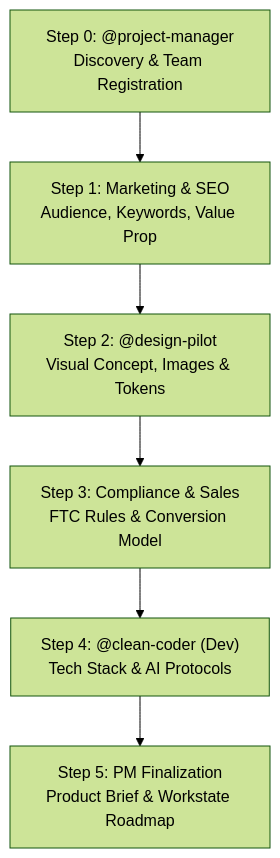
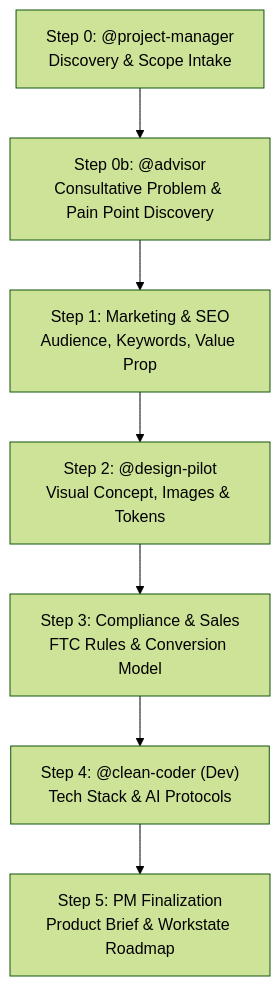
The diagram in skills/site-setup/SKILL.md (wedigcode/workforces), drawn with Mermaid (forest theme) before and after one commit. The commit also changed other lines of this file and 7 other files, not shown here.

Commit message:
feat: introduce @advisor agent for strategic problem discovery and update product brief documentation to include comprehensive pain point analysis.

````diff
--- a/skills/site-setup/SKILL.md
+++ b/skills/site-setup/SKILL.md
@@ -16,8 +16,9 @@
 ```mermaid
 graph TD
-    A["Step 0: @project-manager<br/>Discovery & Team Registration"] --> B["Step 1: Marketing & SEO<br/>Audience, Keywords, Value Prop"]
+    A["Step 0: @project-manager<br/>Discovery & Scope Intake"] --> A2["Step 0b: @advisor<br/>Consultative Problem & Pain Point Discovery"]
+    A2 --> B["Step 1: Marketing & SEO<br/>Audience, Keywords, Value Prop"]
     B --> C["Step 2: @design-pilot<br/>Visual Concept, Images & Tokens"]
     C --> D["Step 3: Compliance & Sales<br/>FTC Rules & Conversion Model"]
     D --> E["Step 4: @clean-coder (Dev)<br/>Tech Stack & AI Protocols"]
     E --> F["Step 5: PM Finalization<br/>Product Brief & Workstate Roadmap"]
 ```
````
